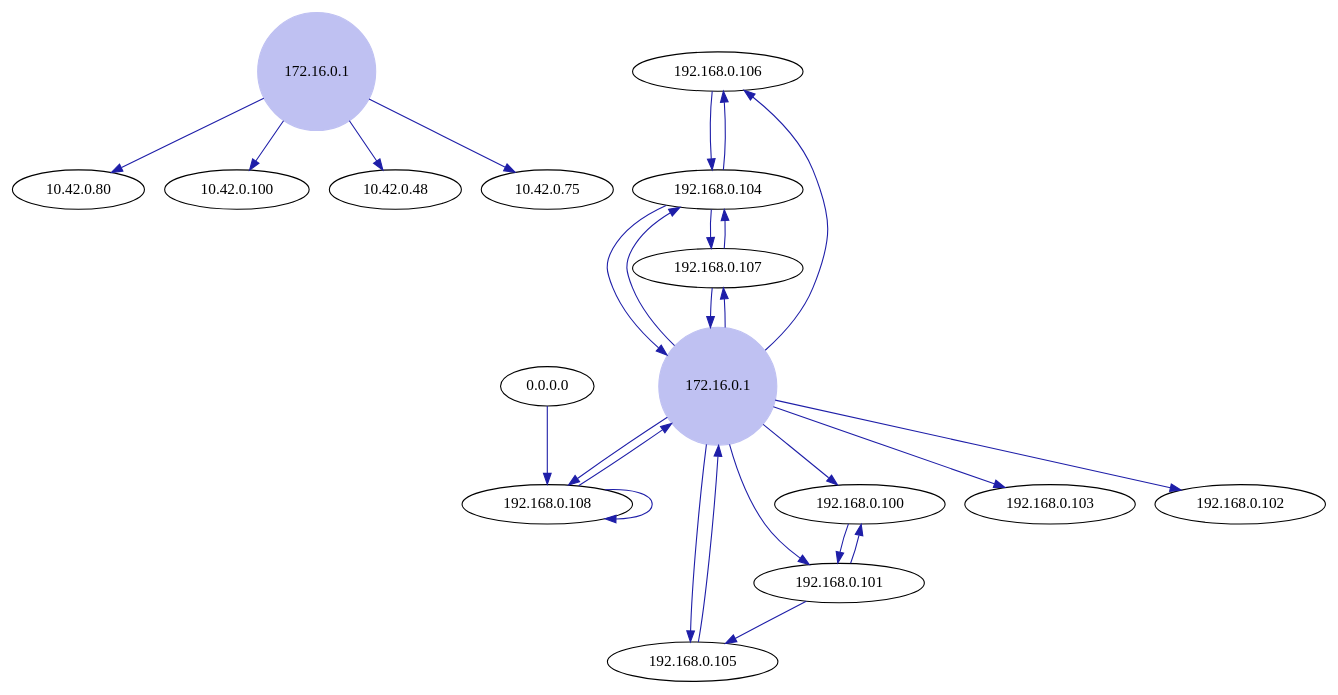
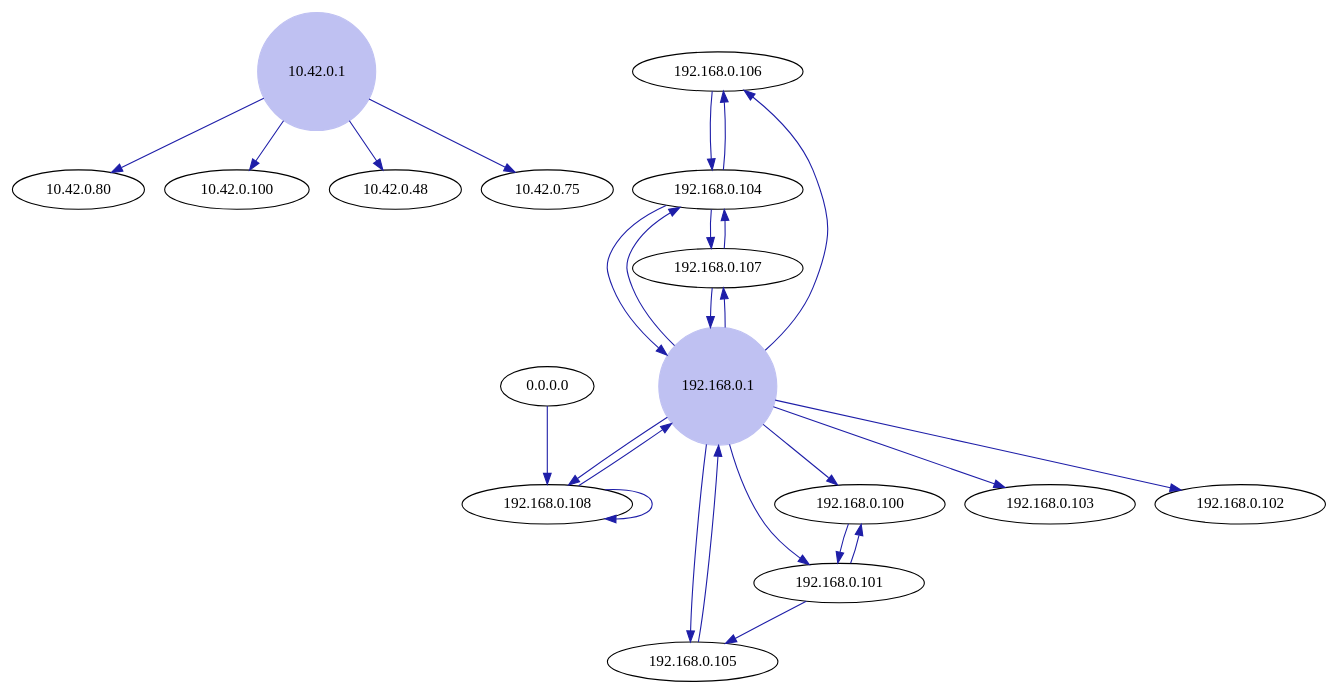
The diagram in src/dot/eth-red-domestica.eps.dot (axelstram/redes-tp1), drawn with Graphviz before and after one commit. The commit also changed 8 other files, not shown here.

```diff
--- a/src/dot/eth-red-domestica.eps.dot
+++ b/src/dot/eth-red-domestica.eps.dot
@@ -1,30 +1,30 @@
 digraph G {
 	"10.42.0.1"->"10.42.0.80" [color="#1E1EA8"];
 	"10.42.0.1"->"10.42.0.100" [color="#1E1EA8"];
 	"10.42.0.1"->"10.42.0.48" [color="#1E1EA8"];
 	"10.42.0.1"->"10.42.0.75" [color="#1E1EA8"];
 	"192.168.0.106"->"192.168.0.104" [color="#1E1EA8"];
 	"0.0.0.0"->"192.168.0.108" [color="#1E1EA8"];
 	"192.168.0.105"->"192.168.0.1" [color="#1E1EA8"];
 	"192.168.0.104"->"192.168.0.107" [color="#1E1EA8"];
 	"192.168.0.104"->"192.168.0.1" [color="#1E1EA8"];
 	"192.168.0.104"->"192.168.0.106" [color="#1E1EA8"];
 	"192.168.0.107"->"192.168.0.104" [color="#1E1EA8"];
 	"192.168.0.107"->"192.168.0.1" [color="#1E1EA8"];
 	"192.168.0.1"->"192.168.0.105" [color="#1E1EA8"];
 	"192.168.0.1"->"192.168.0.104" [color="#1E1EA8"];
 	"192.168.0.1"->"192.168.0.107" [color="#1E1EA8"];
 	"192.168.0.1"->"192.168.0.106" [color="#1E1EA8"];
 	"192.168.0.1"->"192.168.0.101" [color="#1E1EA8"];
 	"192.168.0.1"->"192.168.0.100" [color="#1E1EA8"];
 	"192.168.0.1"->"192.168.0.103" [color="#1E1EA8"];
 	"192.168.0.1"->"192.168.0.102" [color="#1E1EA8"];
 	"192.168.0.1"->"192.168.0.108" [color="#1E1EA8"];
 	"192.168.0.101"->"192.168.0.105" [color="#1E1EA8"];
 	"192.168.0.101"->"192.168.0.100" [color="#1E1EA8"];
 	"192.168.0.100"->"192.168.0.101" [color="#1E1EA8"];
 	"192.168.0.108"->"192.168.0.1" [color="#1E1EA8"];
 	"192.168.0.108"->"192.168.0.108" [color="#1E1EA8"];
-	"192.168.0.1" [shape=circle,width=1.50,fontname=Verdana,style=filled,fillcollor="#BFC1F2",color="#BFC1F2",label="172.16.0.1"];
-	"10.42.0.1" [shape=circle,width=1.50,fontname=Verdana,style=filled,fillcollor="#BFC1F2",color="#BFC1F2",label="172.16.0.1"];
+	"192.168.0.1" [shape=circle,width=1.50,fontname=Verdana,style=filled,fillcollor="#BFC1F2",color="#BFC1F2",label="192.168.0.1"];
+	"10.42.0.1" [shape=circle,width=1.50,fontname=Verdana,style=filled,fillcollor="#BFC1F2",color="#BFC1F2",label="10.42.0.1"];
 }
```
